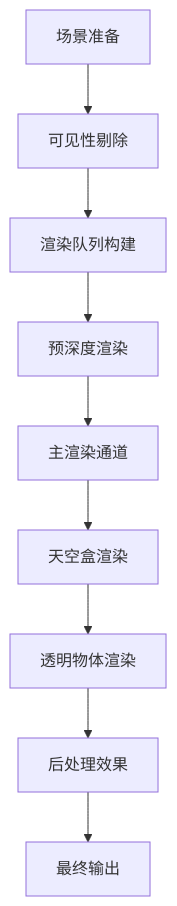
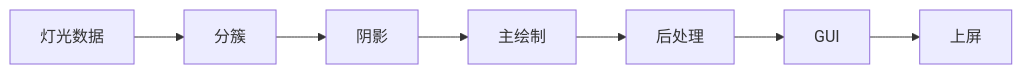
Before and after one commit to RingsEngine/rings: the diagram in docs/rendering.md, drawn with Mermaid. The commit also changed other lines of this file and 89 other files, not shown here.

````diff
--- a/docs/rendering.md
+++ b/docs/rendering.md
@@ -9,11 +49,9 @@
 ```mermaid
-graph TD
-    A[场景准备] --> B[可见性剔除]
-    B --> C[渲染队列构建]
-    C --> D[预深度渲染]
-    D --> E[主渲染通道]
-    E --> F[天空盒渲染]
-    F --> G[透明物体渲染]
-    G --> H[后处理效果]
-    H --> I[最终输出]
+graph LR
+    A[灯光数据] --> B[分簇]
+    B --> C[阴影]
+    C --> D[主绘制]
+    D --> E[后处理]
+    E --> F[GUI]
+    F --> G[上屏]
 ```
````
